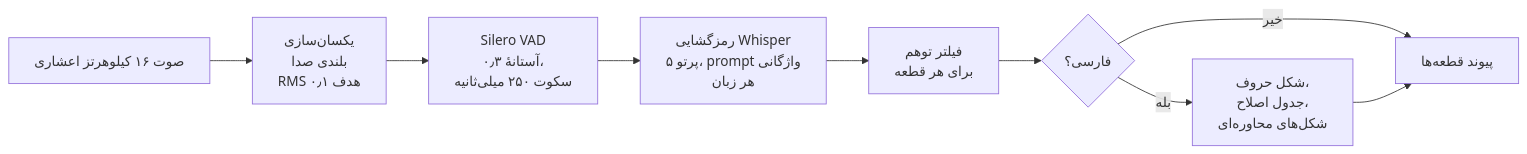
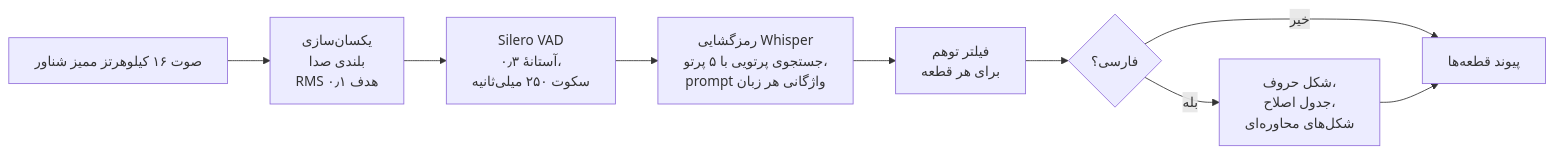
One commit to faceesmart/guya changed the fourth of 7 diagrams in docs/REPORT-FA.md. Above: the diagram before and after it, drawn with Mermaid. The commit also changed other lines of this file and 1 other file, not shown here.

````diff
--- a/docs/REPORT-FA.md
+++ b/docs/REPORT-FA.md
@@ -483,11 +500,11 @@
 ```mermaid
 flowchart LR
-    A[صوت ۱۶ کیلوهرتز اعشاری] --> B[یکسان‌سازی<br/>بلندی صدا<br/>RMS هدف ۰٫۱]
+    A[صوت ۱۶ کیلوهرتز ممیز شناور] --> B[یکسان‌سازی<br/>بلندی صدا<br/>RMS هدف ۰٫۱]
     B --> C[Silero VAD<br/>آستانهٔ ۰٫۳،<br/>سکوت ۲۵۰ میلی‌ثانیه]
-    C --> D[رمزگشایی Whisper<br/>پرتو ۵، prompt واژگانی<br/>هر زبان]
+    C --> D[رمزگشایی Whisper<br/>جستجوی پرتویی با ۵ پرتو،<br/>prompt واژگانی هر زبان]
     D --> E[فیلتر توهم<br/>برای هر قطعه]
     E --> F{فارسی؟}
     F -- بله --> G[شکل حروف،<br/>جدول اصلاح،<br/>شکل‌های محاوره‌ای]
     F -- خیر --> H[پیوند قطعه‌ها]
     G --> H
 ```
````
